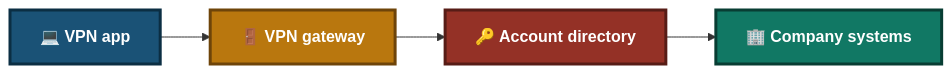
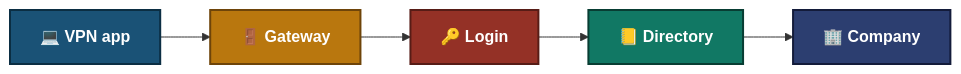
Before and after one commit to malaika-azhar/Customer-Tech-Support-Portfolio: the first of 3 diagrams in 04-Solution-guides/04.3-VPN-Guide.md, drawn with Mermaid. The commit also changed other lines of this file, not shown here.

````diff
--- a/04-Solution-guides/04.3-VPN-Guide.md
+++ b/04-Solution-guides/04.3-VPN-Guide.md
@@ -70,9 +70,9 @@
 ```mermaid
 flowchart LR
-    A["💻 VPN app"]:::c0 --> B["🚪 VPN gateway"]:::c1 --> C["🔑 Account directory"]:::c2 --> D["🏢 Company systems"]:::c3
-
-    classDef c0 fill:#1A5276,stroke:#0B2E43,stroke-width:3px,color:#FFFFFF,font-weight:bold
-    classDef c1 fill:#B9770E,stroke:#6E4409,stroke-width:3px,color:#FFFFFF,font-weight:bold
-    classDef c2 fill:#943126,stroke:#571C16,stroke-width:3px,color:#FFFFFF,font-weight:bold
-    classDef c3 fill:#117864,stroke:#083D33,stroke-width:3px,color:#FFFFFF,font-weight:bold
+    A["💻 VPN app"]:::c0 --> B["🚪 Gateway"]:::c1 --> C["🔑 Login"]:::c2 --> D["📒 Directory"]:::c3 --> E["🏢 Company"]:::c4
+    classDef c0 fill:#1A5276,stroke:#0B2E43,stroke-width:2px,color:#FFFFFF,font-weight:bold
+    classDef c1 fill:#B9770E,stroke:#6E4409,stroke-width:2px,color:#FFFFFF,font-weight:bold
+    classDef c2 fill:#943126,stroke:#571C16,stroke-width:2px,color:#FFFFFF,font-weight:bold
+    classDef c3 fill:#117864,stroke:#083D33,stroke-width:2px,color:#FFFFFF,font-weight:bold
+    classDef c4 fill:#2C3E70,stroke:#131B3A,stroke-width:2px,color:#FFFFFF,font-weight:bold
 ```
````
